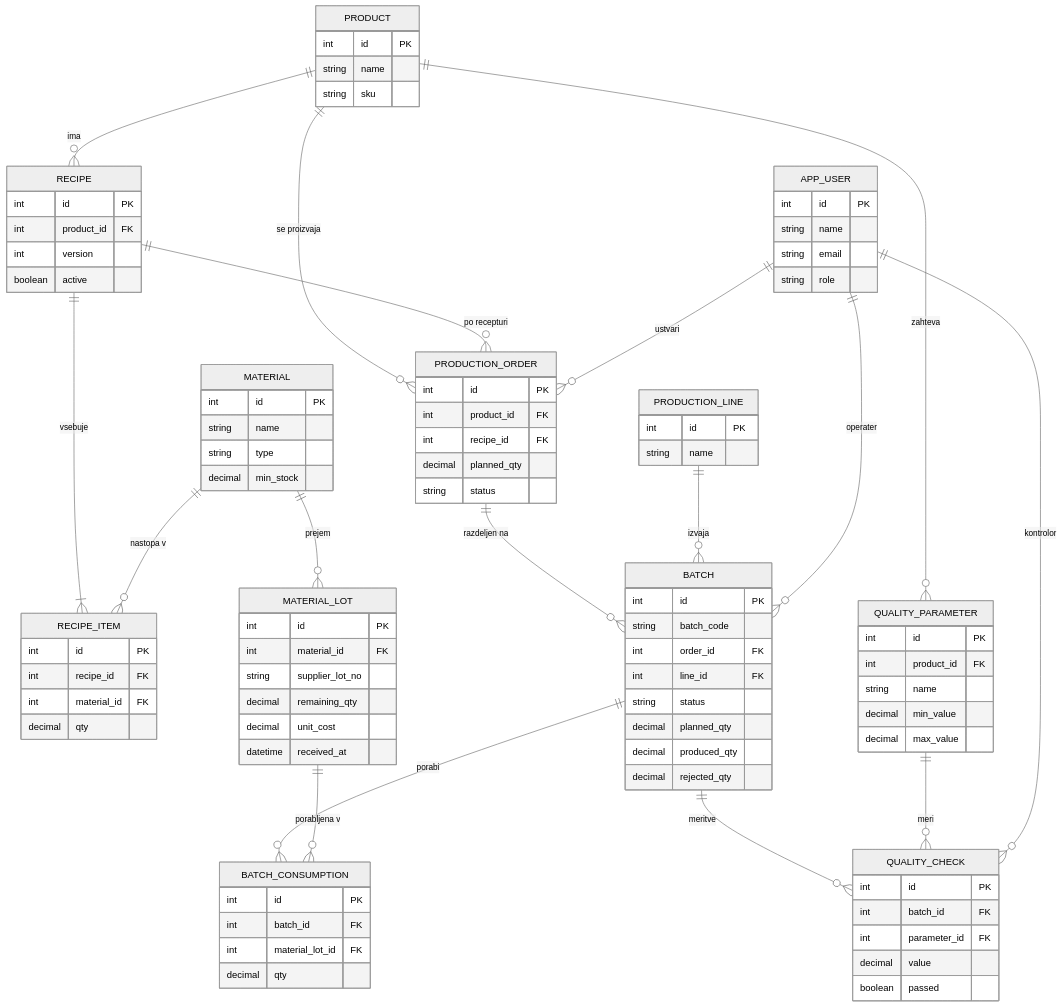
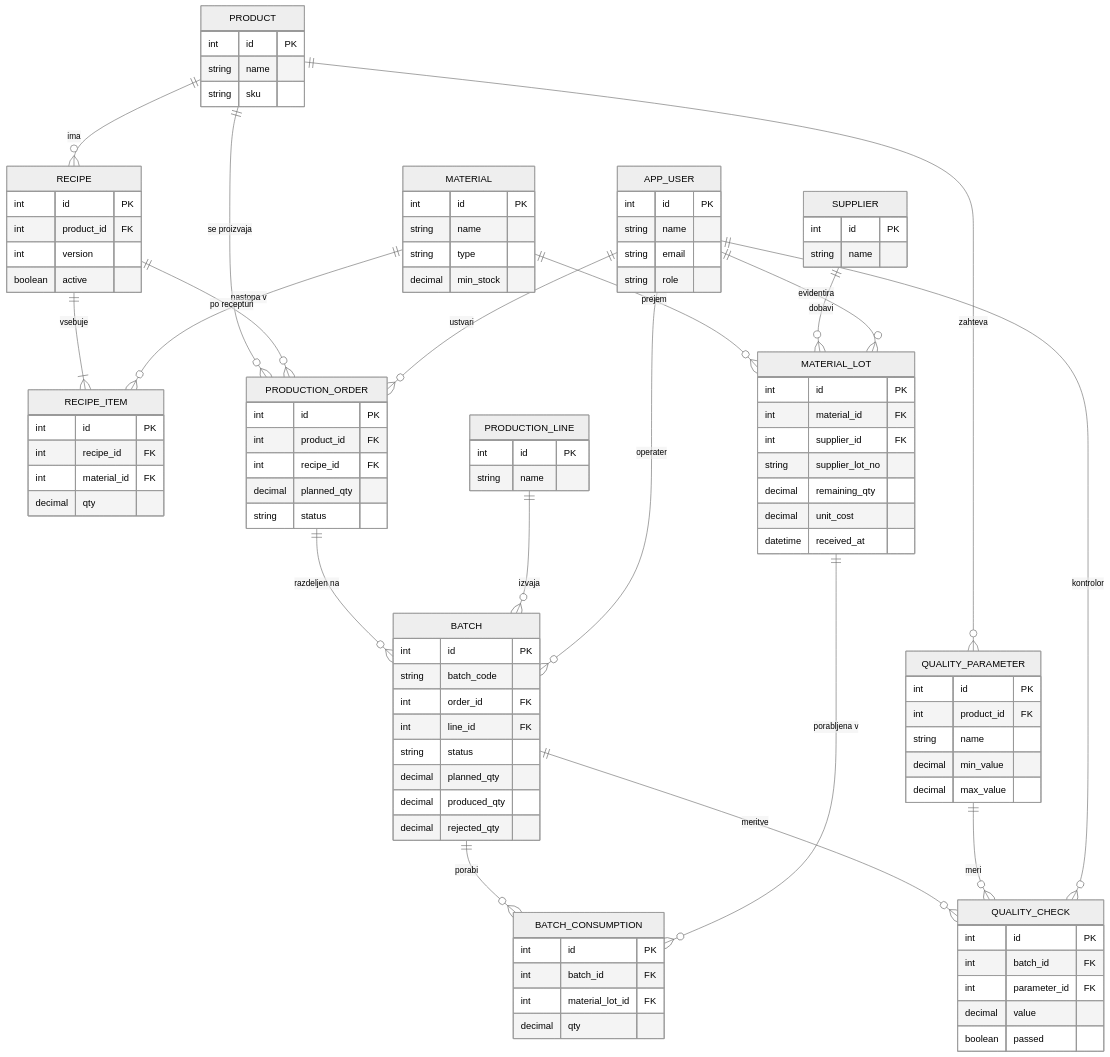
The diagram in docs/03-podatkovni-model.md (magisterij-1/pijacai), drawn with Mermaid (neutral theme) before and after one commit. The commit also changed other lines of this file and 6 other files, not shown here.

```diff
--- a/docs/03-podatkovni-model.md
+++ b/docs/03-podatkovni-model.md
@@ -182,9 +193,14 @@
         string type
         decimal min_stock
     }
+    SUPPLIER {
+        int id PK
+        string name
+    }
     MATERIAL_LOT {
         int id PK
         int material_id FK
+        int supplier_id FK
         string supplier_lot_no
         decimal remaining_qty
         decimal unit_cost
@@ -236,6 +252,8 @@
     RECIPE ||--|{ RECIPE_ITEM : "vsebuje"
     MATERIAL ||--o{ RECIPE_ITEM : "nastopa v"
     MATERIAL ||--o{ MATERIAL_LOT : "prejem"
+    SUPPLIER ||--o{ MATERIAL_LOT : "dobavi"
+    APP_USER ||--o{ MATERIAL_LOT : "evidentira"
     PRODUCT ||--o{ PRODUCTION_ORDER : "se proizvaja"
     RECIPE ||--o{ PRODUCTION_ORDER : "po recepturi"
     PRODUCTION_ORDER ||--o{ BATCH : "razdeljen na"
```
